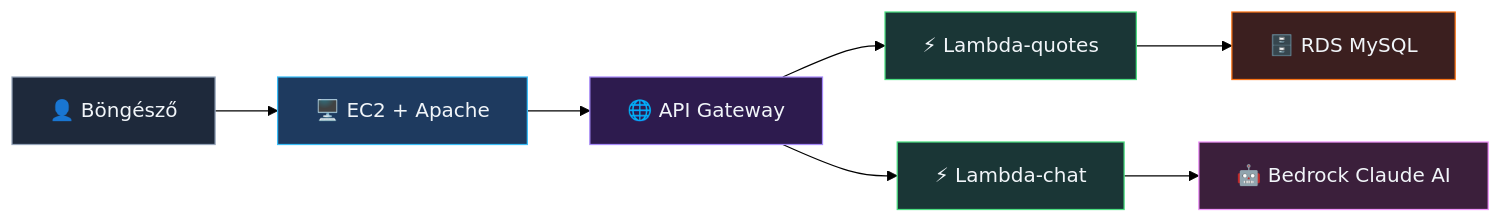
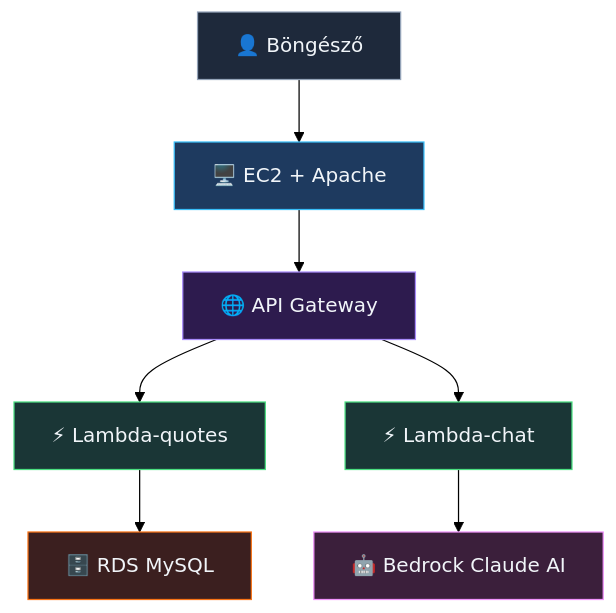
Before and after one commit to cloudsteak/trn-aws-workshop: the diagram in README.md, drawn with Mermaid (forest theme).

Commit message:
fix: Update diagram direction in README for clarity

````diff
--- a/README.md
+++ b/README.md
@@ -10,25 +10,25 @@
 ```mermaid
-graph LR
+graph TD
     Browser["👤 Böngésző"]
     EC2["🖥️ EC2 + Apache"]
     APIGW["🌐 API Gateway"]
     LambdaQ["⚡ Lambda-quotes"]
     LambdaC["⚡ Lambda-chat"]
     RDS["🗄️ RDS MySQL"]
     Bedrock["🤖 Bedrock Claude AI"]
 
     Browser --> EC2
     EC2 --> APIGW
     APIGW --> LambdaQ
     APIGW --> LambdaC
     LambdaQ --> RDS
     LambdaC --> Bedrock
 
     style Browser fill:#1e293b,stroke:#94a3b8,color:#f1f5f9
     style EC2 fill:#1e3a5f,stroke:#38bdf8,color:#f1f5f9
     style APIGW fill:#2d1b4e,stroke:#a78bfa,color:#f1f5f9
     style LambdaQ fill:#1a3636,stroke:#4ade80,color:#f1f5f9
     style LambdaC fill:#1a3636,stroke:#4ade80,color:#f1f5f9
     style RDS fill:#3b1f1f,stroke:#f97316,color:#f1f5f9
     style Bedrock fill:#3b1f3b,stroke:#f093fb,color:#f1f5f9
 ```
````
